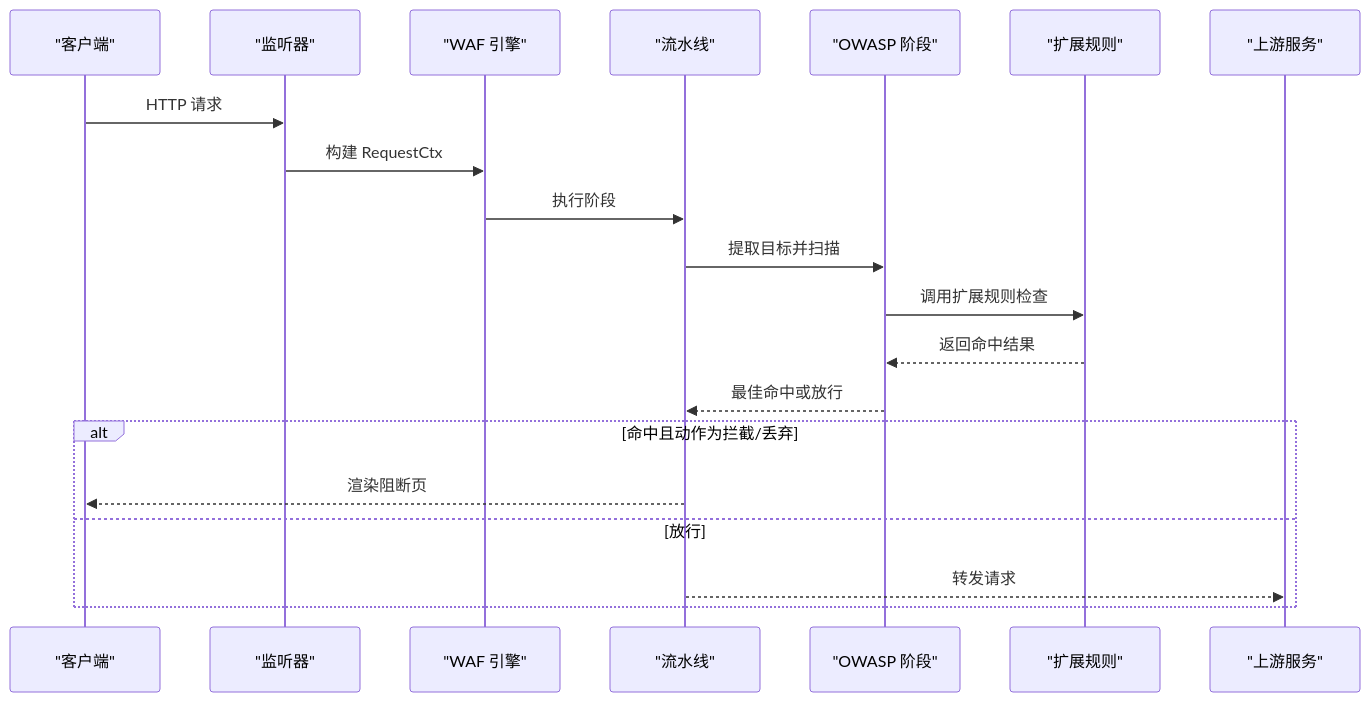
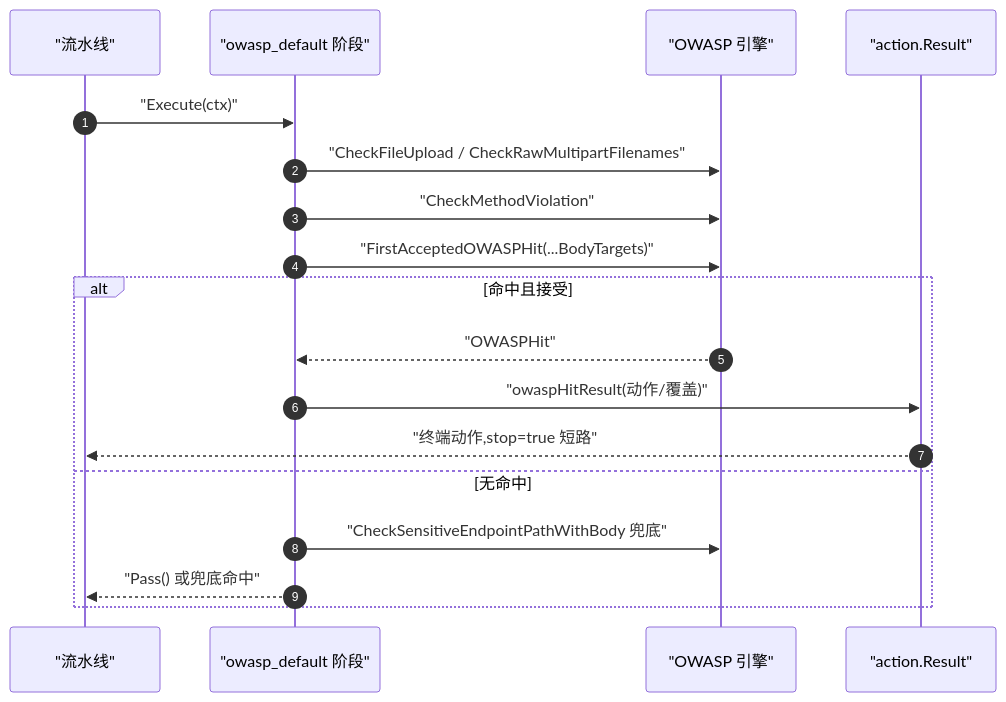
One commit to x01n/My-OpenWaf changed the first of 3 diagrams in docs/WAF 引擎系统/处理阶段详解/OWASP 默认检测阶段.md. Above: the diagram before and after it, drawn with Mermaid. The commit also changed other lines of this file and 622 other files, not shown here.

````diff
--- a/docs/WAF 引擎系统/处理阶段详解/OWASP 默认检测阶段.md
+++ b/docs/WAF 引擎系统/处理阶段详解/OWASP 默认检测阶段.md
@@ -82,22 +79,20 @@
 ```mermaid
 sequenceDiagram
-participant Client as "客户端"
-participant Listener as "监听器"
-participant Engine as "WAF 引擎"
-participant Pipeline as "流水线"
-participant OWASP as "OWASP 阶段"
-participant Ext as "扩展规则"
-participant Upstream as "上游服务"
-Client->>Listener : HTTP 请求
-Listener->>Engine : 构建 RequestCtx
-Engine->>Pipeline : 执行阶段
-Pipeline->>OWASP : 提取目标并扫描
-OWASP->>Ext : 调用扩展规则检查
-Ext-->>OWASP : 返回命中结果
-OWASP-->>Pipeline : 最佳命中或放行
-alt 命中且动作为拦截/丢弃
-Pipeline-->>Client : 渲染阻断页
-else 放行
-Pipeline-->>Upstream : 转发请求
-end
+  autonumber
+  participant Pipe as "流水线"
+  participant PH as "owasp_default 阶段"
+  participant Eng as "OWASP 引擎"
+  participant Act as "action.Result"
+  Pipe->>PH : "Execute(ctx)"
+  PH->>Eng : "CheckFileUpload / CheckRawMultipartFilenames"
+  PH->>Eng : "CheckMethodViolation"
+  PH->>Eng : "FirstAcceptedOWASPHit(...BodyTargets)"
+  alt 命中且接受
+    Eng-->>PH : "OWASPHit"
+    PH->>Act : "owaspHitResult(动作/覆盖)"
+    Act-->>Pipe : "终端动作,stop=true 短路"
+  else 无命中
+    PH->>Eng : "CheckSensitiveEndpointPathWithBody 兜底"
+    PH-->>Pipe : "Pass() 或兜底命中"
+  end
 ```
````
